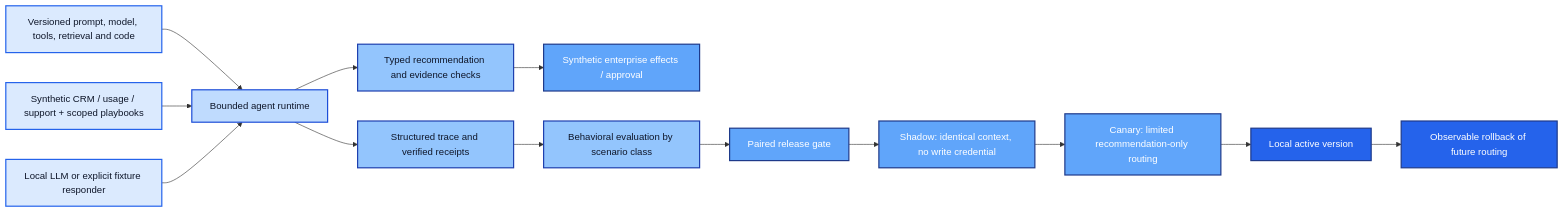
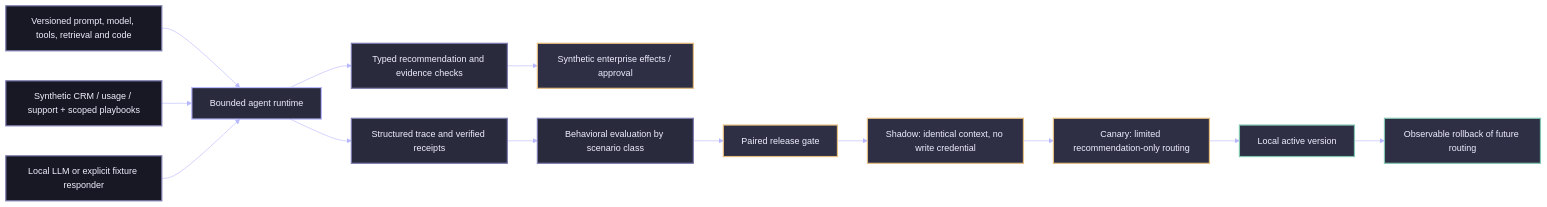
The diagram in README.md (rlbsem/enterprise-agent-runtime-evaluation), drawn with Mermaid before and after one commit. The commit also changed 2 other files, not shown here.

Commit message:
Apply Groundbreakers visual theme to generated results and architecture

````diff
--- a/README.md
+++ b/README.md
@@ -17,27 +17,28 @@
 ```mermaid
+%%{init: {"theme":"base","themeVariables":{"background":"#10101D","primaryColor":"#2A2A3D","primaryTextColor":"#F0F0FF","primaryBorderColor":"#7C7CAF","lineColor":"#B8B8FF","textColor":"#F0F0FF","secondaryColor":"#181825","tertiaryColor":"#2E2E45","fontFamily":"IBM Plex Sans, Arial, sans-serif","fontSize":"15px","edgeLabelBackground":"#10101D"}}}%%
 flowchart LR
   V[Versioned prompt, model, tools, retrieval and code] --> R[Bounded agent runtime]
   C[Synthetic CRM / usage / support + scoped playbooks] --> R
   M[Local LLM or explicit fixture responder] --> R
   R --> T[Typed recommendation and evidence checks]
   T --> E[Synthetic enterprise effects / approval]
   R --> O[Structured trace and verified receipts]
   O --> Q[Behavioral evaluation by scenario class]
   Q --> G[Paired release gate]
   G --> S[Shadow: identical context, no write credential]
   S --> K[Canary: limited recommendation-only routing]
   K --> P[Local active version]
   P --> B[Observable rollback of future routing]
 
-  classDef input fill:#dbeafe,stroke:#2563eb,color:#0f172a,stroke-width:2px;
-  classDef foundation fill:#bfdbfe,stroke:#1d4ed8,color:#0f172a,stroke-width:2px;
-  classDef process fill:#93c5fd,stroke:#1e40af,color:#0f172a,stroke-width:2px;
-  classDef control fill:#60a5fa,stroke:#1e3a8a,color:#ffffff,stroke-width:2px;
-  classDef output fill:#2563eb,stroke:#1e3a8a,color:#ffffff,stroke-width:2px;
+  classDef input fill:#181825,stroke:#7C7CAF,color:#F0F0FF,stroke-width:2px;
+  classDef foundation fill:#2A2A3D,stroke:#B8B8FF,color:#F0F0FF,stroke-width:2px;
+  classDef process fill:#2A2A3D,stroke:#7C7CAF,color:#F0F0FF,stroke-width:2px;
+  classDef control fill:#2E2E45,stroke:#E3BC7F,color:#F0F0FF,stroke-width:2px;
+  classDef output fill:#2E2E45,stroke:#81C5B0,color:#F0F0FF,stroke-width:2px;
 
   class V,C,M input;
   class R foundation;
   class T,O,Q process;
   class E,G,S,K control;
   class P,B output;
 ```
````
